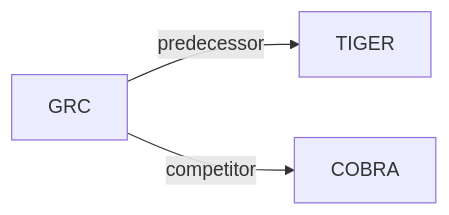
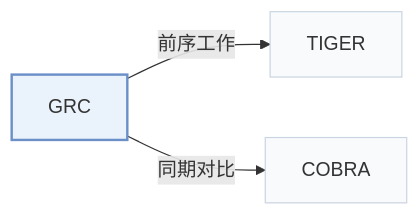
The second of 2 diagrams in pages/zh/papers/grc.md (Galaxy-ghost/Awesome-SID-Generative-Rec), drawn with Mermaid before and after one commit. The commit also changed other lines of this file and 649 other files, not shown here.

Commit message:
writer-05: also tags and modality index (schema, check, build, visuals); summary field removed; calibration data for 12 papers

````diff
--- a/pages/zh/papers/grc.md
+++ b/pages/zh/papers/grc.md
@@ -69,6 +73,10 @@
 ```mermaid
 flowchart LR
     P["GRC"]
-    P -->|predecessor| A["TIGER"]
-    P -->|competitor| B["COBRA"]
+    P -->|"前序工作"| A["TIGER"]
+    P -->|"同期对比"| B["COBRA"]
+    classDef main fill:#eaf2fb,stroke:#6b8fc7,stroke-width:2px
+    classDef peer fill:#f8fafc,stroke:#cbd5e1
+    class P main
+    class A,B peer
 ```
````
